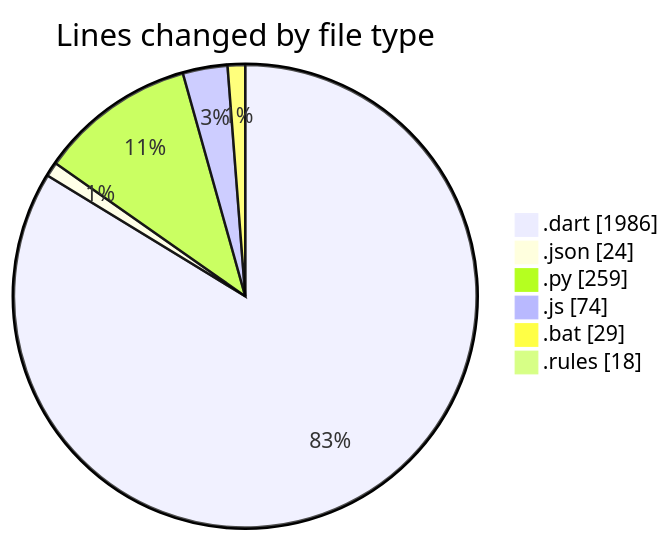
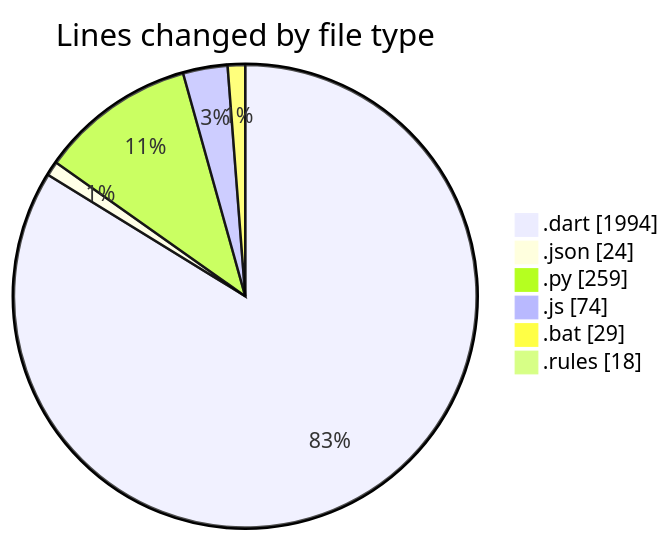
One commit to lephambinh05/code-tracking changed the first of 2 diagrams in 2025-08-04/studybuddy/README.md. Above: the diagram before and after it, drawn with Mermaid. The commit also changed other lines of this file and 1 other file, not shown here.

````diff
--- a/2025-08-04/studybuddy/README.md
+++ b/2025-08-04/studybuddy/README.md
@@ -43,10 +43,10 @@
 ```mermaid
 pie showData
 title Lines changed by file type
-".dart" : 1986
+".dart" : 1994
 ".json" : 24
 ".py" : 259
 ".js" : 74
 ".bat" : 29
 ".rules" : 18
 ```
````
